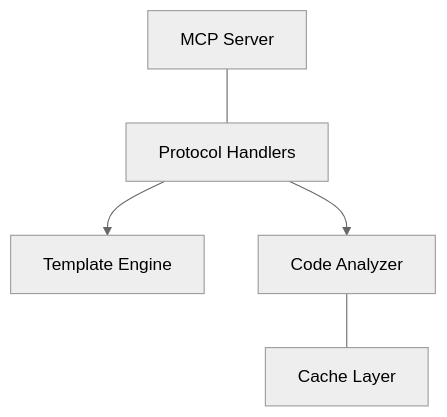
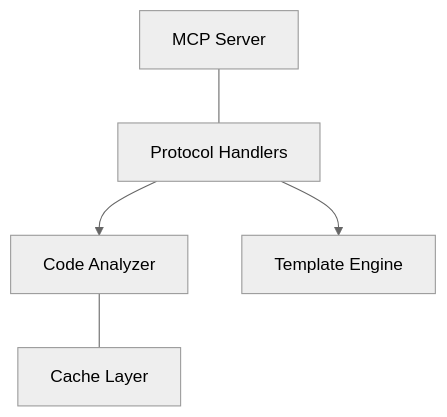
Before and after one commit to paiml/paiml-mcp-agent-toolkit: the first of 4 diagrams in artifacts/mermaid/README.md, drawn with Mermaid (neutral theme). The commit also changed other lines of this file and 69 other files, not shown here.

Commit message:
feat: comprehensive improvements and unified protocol architecture

````diff
--- a/artifacts/mermaid/README.md
+++ b/artifacts/mermaid/README.md
@@ -23,13 +23,13 @@
 ```mermaid
 graph TD
+    mcp_server[MCP Server]
+    analyzer[Code Analyzer]
     handlers[Protocol Handlers]
     cache[Cache Layer]
-    mcp_server[MCP Server]
     templates[Template Engine]
-    analyzer[Code Analyzer]
 
     mcp_server --- handlers
     handlers --> analyzer
     handlers --> templates
     analyzer --- cache
 ```
````
